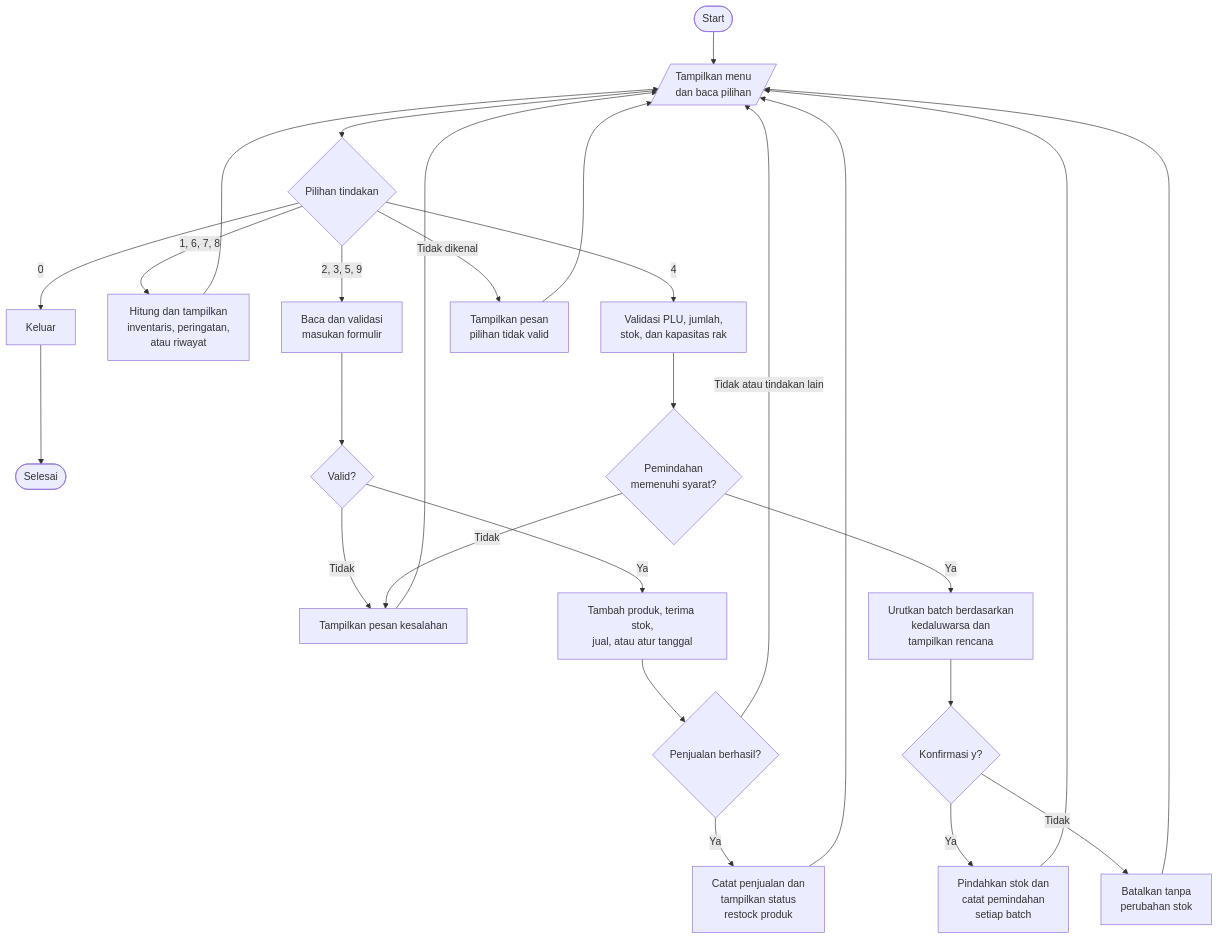
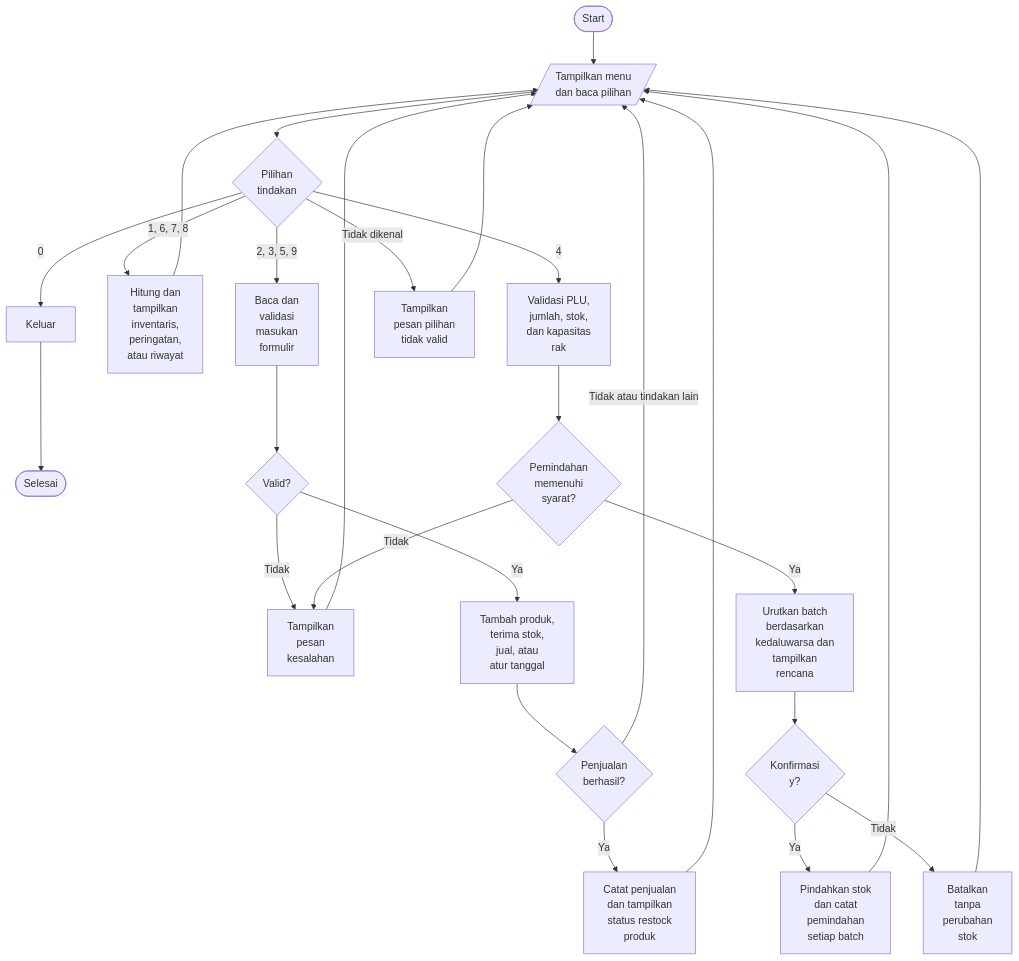
One commit to yahfiilham/pantau-toko changed the diagram in README.md. Above: the diagram before and after it, drawn with Mermaid.

Commit message:
Update flowchart
update lagi biar ga kepotong tulisannya

````diff
--- a/README.md
+++ b/README.md
@@ -107,29 +107,35 @@
 ```mermaid
 flowchart TD
     A([Start]) --> C[/Tampilkan menu<br>dan baca pilihan/]
-    C --> D{Pilihan tindakan}
+    C --> D{Pilihan<br>tindakan}
     D -->|0| Z[Keluar]
     Z --> End([Selesai])
-    D -->|1, 6, 7, 8| E[Hitung dan tampilkan<br>inventaris, peringatan,<br>atau riwayat]
-    D -->|2, 3, 5, 9| F[Baca dan validasi<br>masukan formulir]
-    D -->|4| G[Validasi PLU, jumlah,<br>stok, dan kapasitas rak]
-    D -->|Tidak dikenal| H[Tampilkan pesan<br>pilihan tidak valid]
+    
+    D -->|1, 6, 7, 8| E[Hitung dan<br>tampilkan<br>inventaris,<br>peringatan,<br>atau riwayat]
+    D -->|2, 3, 5, 9| F[Baca dan<br>validasi<br>masukan<br>formulir]
+    D -->|4| G[Validasi PLU,<br>jumlah, stok,<br>dan kapasitas<br>rak]
+    D -->|Tidak dikenal| H[Tampilkan<br>pesan pilihan<br>tidak valid]
+    
     F --> I{Valid?}
-    I -->|Tidak| J[Tampilkan pesan kesalahan]
-    I -->|Ya| K[Tambah produk, terima stok,<br>jual, atau atur tanggal]
-    K --> L{Penjualan berhasil?}
-    L -->|Ya| M[Catat penjualan dan<br>tampilkan status<br>restock produk]
+    I -->|Tidak| J[Tampilkan<br>pesan<br>kesalahan]
+    I -->|Ya| K[Tambah produk,<br>terima stok,<br>jual, atau<br>atur tanggal]
+    
+    K --> L{Penjualan<br>berhasil?}
+    L -->|Ya| M[Catat penjualan<br>dan tampilkan<br>status restock<br>produk]
     L -->|Tidak atau tindakan lain| C
-    G --> N{Pemindahan<br>memenuhi syarat?}
+    
+    G --> N{Pemindahan<br>memenuhi<br>syarat?}
     N -->|Tidak| J
-    N -->|Ya| O[Urutkan batch berdasarkan<br>kedaluwarsa dan<br>tampilkan rencana]
-    O --> P{Konfirmasi y?}
-    P -->|Ya| Q[Pindahkan stok dan<br>catat pemindahan<br>setiap batch]
-    P -->|Tidak| R[Batalkan tanpa<br>perubahan stok]
+    N -->|Ya| O[Urutkan batch<br>berdasarkan<br>kedaluwarsa dan<br>tampilkan<br>rencana]
+    
+    O --> P{Konfirmasi<br>y?}
+    P -->|Ya| Q[Pindahkan stok<br>dan catat<br>pemindahan<br>setiap batch]
+    P -->|Tidak| R[Batalkan<br>tanpa<br>perubahan<br>stok]
+    
     E --> C
     H --> C
     J --> C
     M --> C
     Q --> C
     R --> C
 ```
````
